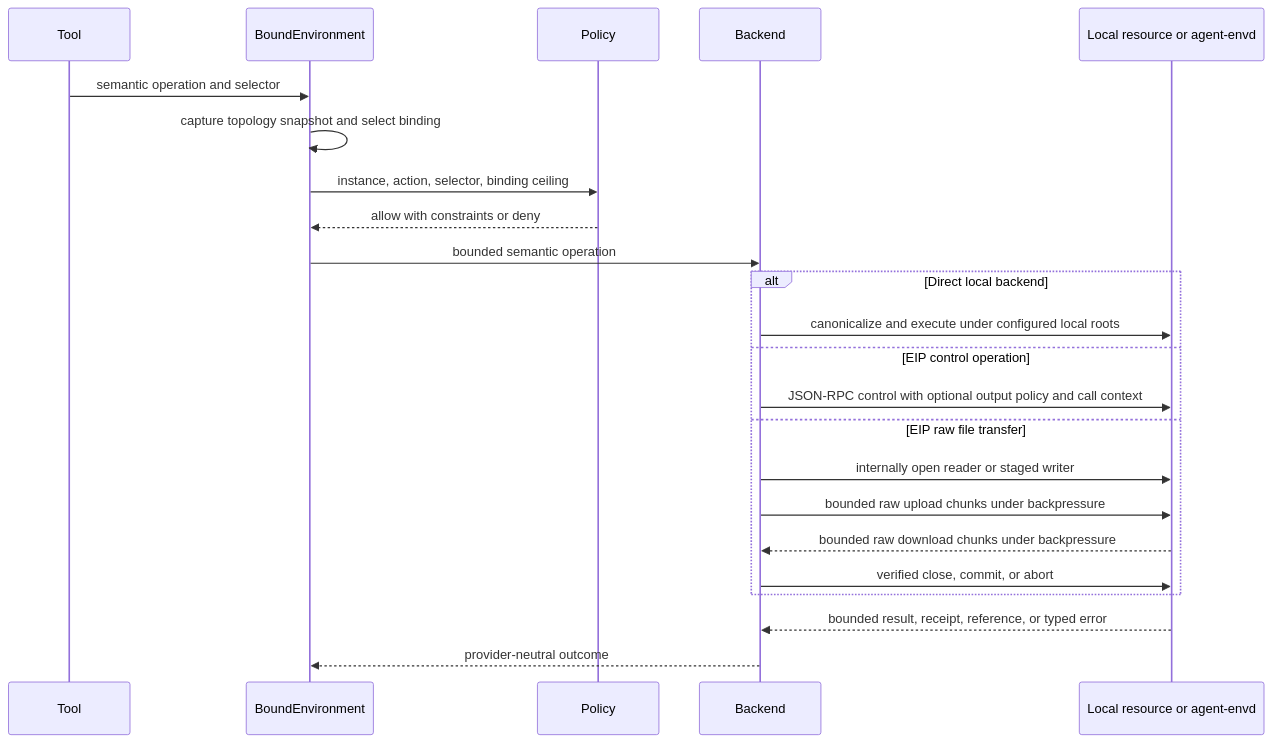
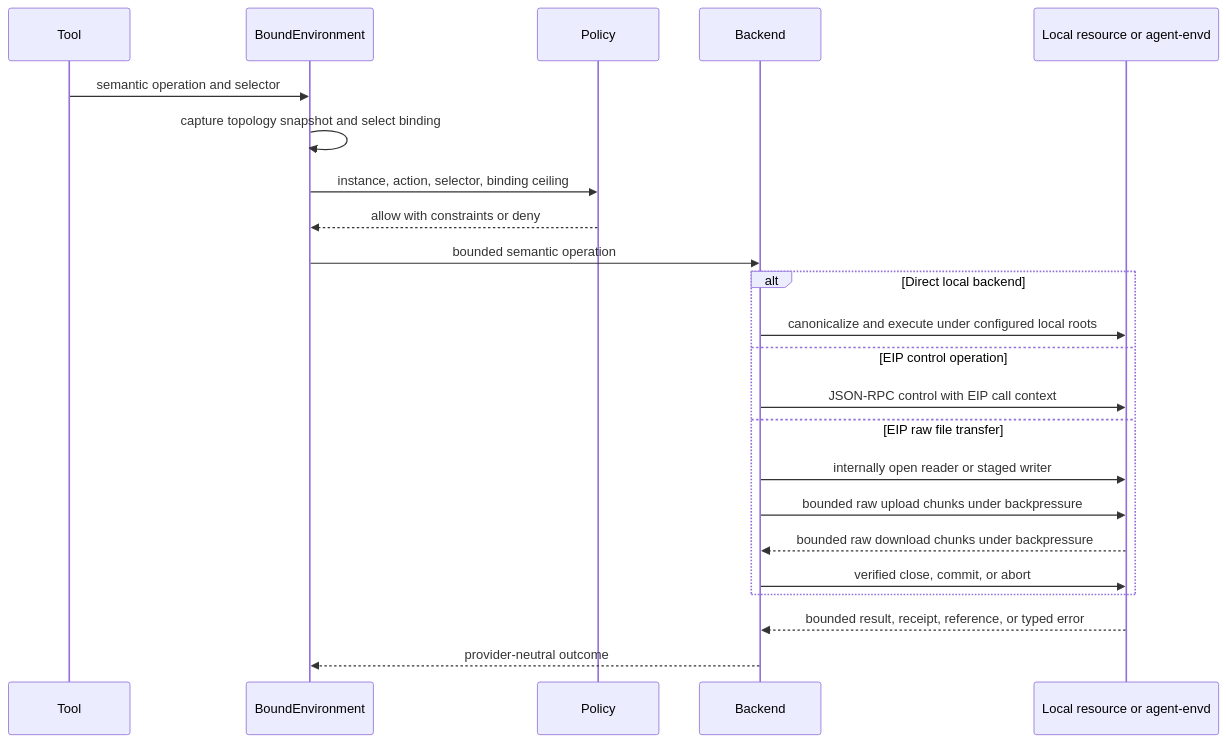
The diagram in spec/agent-harness/08-environment-integration.md (LTThreeComma/agent-foundation), drawn with Mermaid before and after one commit. The commit also changed other lines of this file and 77 other files, not shown here.

````diff
--- a/spec/agent-harness/08-environment-integration.md
+++ b/spec/agent-harness/08-environment-integration.md
@@ -802,26 +822,26 @@
 ```mermaid
 sequenceDiagram
     participant Tool
     participant Bound as BoundEnvironment
     participant Policy
     participant Backend
     participant Resource as Local resource or agent-envd
 
     Tool->>Bound: semantic operation and selector
     Bound->>Bound: capture topology snapshot and select binding
     Bound->>Policy: instance, action, selector, binding ceiling
     Policy-->>Bound: allow with constraints or deny
     Bound->>Backend: bounded semantic operation
     alt Direct local backend
         Backend->>Resource: canonicalize and execute under configured local roots
     else EIP control operation
-        Backend->>Resource: JSON-RPC control with optional output policy and call context
+        Backend->>Resource: JSON-RPC control with EIP call context
     else EIP raw file transfer
         Backend->>Resource: internally open reader or staged writer
         Backend->>Resource: bounded raw upload chunks under backpressure
         Resource-->>Backend: bounded raw download chunks under backpressure
         Backend->>Resource: verified close, commit, or abort
     end
     Resource-->>Backend: bounded result, receipt, reference, or typed error
     Backend-->>Bound: provider-neutral outcome
 ```
````
